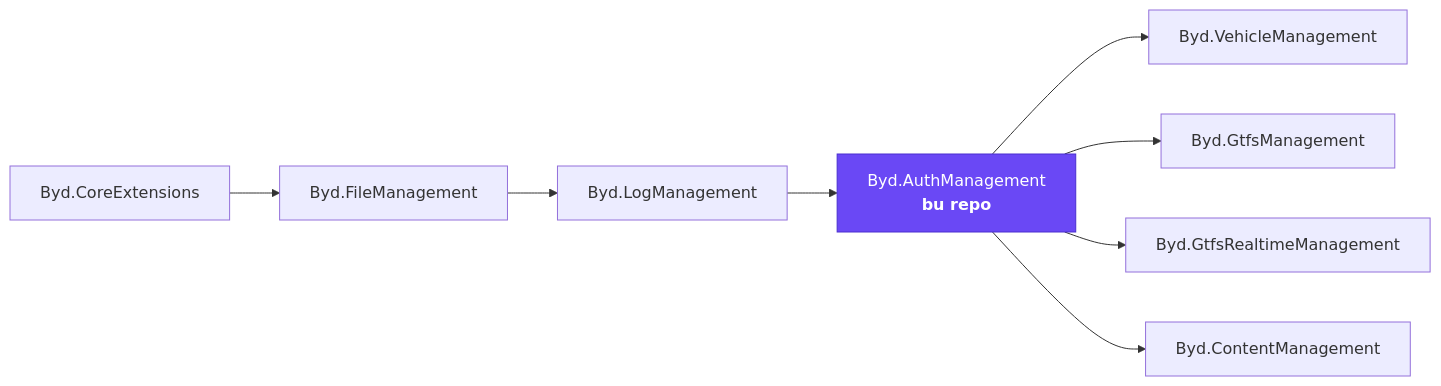
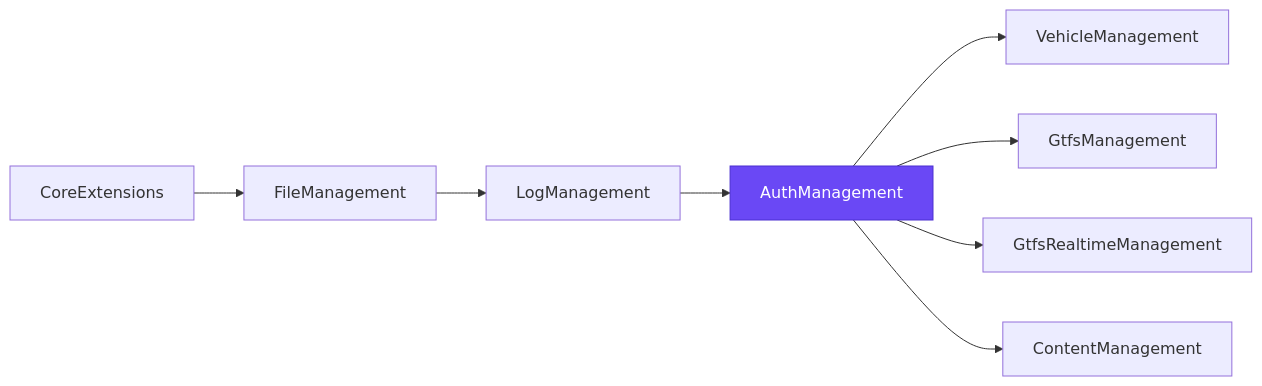
One commit to mertbyd/byd-auth-management-api changed the first of 7 diagrams in README.md. Above: the diagram before and after it, drawn with Mermaid. The commit also changed other lines of this file, not shown here.

````diff
--- a/README.md
+++ b/README.md
@@ -30,11 +7,9 @@
 ```mermaid
 flowchart LR
-    CORE[Byd.CoreExtensions] --> FILE[Byd.FileManagement]
-    FILE --> LOG[Byd.LogManagement]
-    LOG --> AUTH[Byd.AuthManagement<br/><b>bu repo</b>]
-    AUTH --> VEH[Byd.VehicleManagement]
-    AUTH --> GTFS[Byd.GtfsManagement]
-    AUTH --> RT[Byd.GtfsRealtimeManagement]
-    AUTH --> CM[Byd.ContentManagement]
+    CORE[CoreExtensions] --> FILE[FileManagement] --> LOG[LogManagement] --> AUTH[AuthManagement]
+    AUTH --> VEH[VehicleManagement]
+    AUTH --> GTFS[GtfsManagement]
+    AUTH --> RT[GtfsRealtimeManagement]
+    AUTH --> CM[ContentManagement]
     style AUTH fill:#6a48f5,color:#fff,stroke:#4a2fd0
 ```
````
